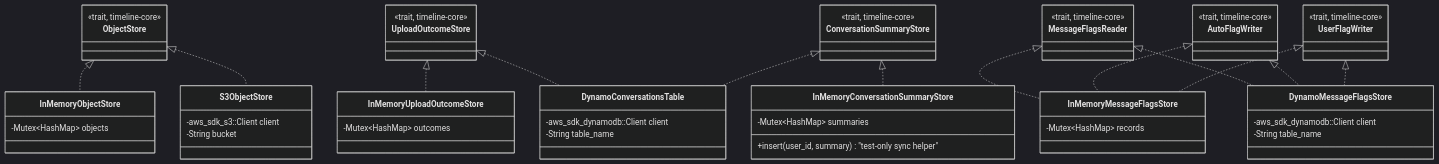
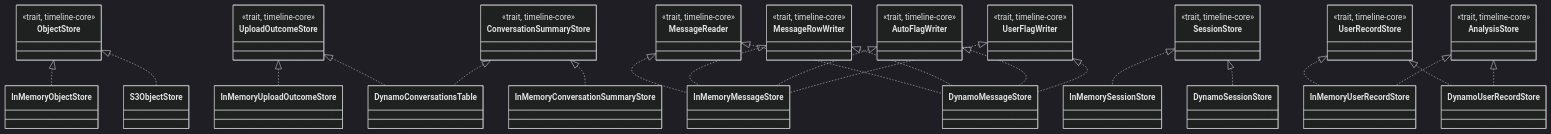
Before and after one commit to Telotrope/conversation-timeline: the diagram in backend/timeline-storage/README.md, drawn with Mermaid (dark theme). The commit also changed other lines of this file and 5 other files, not shown here.

First line of the commit message:
Docs and browser-test harness for message rows and requests in parts

````diff
--- a/backend/timeline-storage/README.md
+++ b/backend/timeline-storage/README.md
@@ -64,60 +69,54 @@
 ```mermaid
 classDiagram
     class ObjectStore {
         <<trait, timeline-core>>
     }
     class UploadOutcomeStore {
         <<trait, timeline-core>>
     }
     class ConversationSummaryStore {
         <<trait, timeline-core>>
     }
-    class MessageFlagsReader {
+    class MessageReader {
+        <<trait, timeline-core>>
+    }
+    class MessageRowWriter {
         <<trait, timeline-core>>
     }
     class AutoFlagWriter {
         <<trait, timeline-core>>
     }
     class UserFlagWriter {
         <<trait, timeline-core>>
     }
-
-    class InMemoryObjectStore {
-        -Mutex~HashMap~ objects
+    class SessionStore {
+        <<trait, timeline-core>>
     }
-    class InMemoryUploadOutcomeStore {
-        -Mutex~HashMap~ outcomes
+    class UserRecordStore {
+        <<trait, timeline-core>>
     }
-    class InMemoryConversationSummaryStore {
-        -Mutex~HashMap~ summaries
-        +insert(user_id, summary)  "test-only sync helper"
-    }
-    class InMemoryMessageFlagsStore {
-        -Mutex~HashMap~ records
-    }
-    class S3ObjectStore {
-        -aws_sdk_s3::Client client
-        -String bucket
-    }
-    class DynamoConversationsTable {
-        -aws_sdk_dynamodb::Client client
-        -String table_name
-    }
-    class DynamoMessageFlagsStore {
-        -aws_sdk_dynamodb::Client client
-        -String table_name
+    class AnalysisStore {
+        <<trait, timeline-core>>
     }
 
     ObjectStore <|.. InMemoryObjectStore
     ObjectStore <|.. S3ObjectStore
     UploadOutcomeStore <|.. InMemoryUploadOutcomeStore
     UploadOutcomeStore <|.. DynamoConversationsTable
     ConversationSummaryStore <|.. InMemoryConversationSummaryStore
     ConversationSummaryStore <|.. DynamoConversationsTable
-    MessageFlagsReader <|.. InMemoryMessageFlagsStore
-    AutoFlagWriter <|.. InMemoryMessageFlagsStore
-    UserFlagWriter <|.. InMemoryMessageFlagsStore
-    MessageFlagsReader <|.. DynamoMessageFlagsStore
-    AutoFlagWriter <|.. DynamoMessageFlagsStore
-    UserFlagWriter <|.. DynamoMessageFlagsStore
+    MessageReader <|.. InMemoryMessageStore
+    MessageRowWriter <|.. InMemoryMessageStore
+    AutoFlagWriter <|.. InMemoryMessageStore
+    UserFlagWriter <|.. InMemoryMessageStore
+    MessageReader <|.. DynamoMessageStore
+    MessageRowWriter <|.. DynamoMessageStore
+    AutoFlagWriter <|.. DynamoMessageStore
+    UserFlagWriter <|.. DynamoMessageStore
+    SessionStore <|.. InMemorySessionStore
+    SessionStore <|.. DynamoSessionStore
+    UserRecordStore <|.. InMemoryUserRecordStore
+    UserRecordStore <|.. DynamoUserRecordStore
+    AnalysisStore <|.. InMemoryUserRecordStore
+    AnalysisStore <|.. DynamoUserRecordStore
 ```
````
